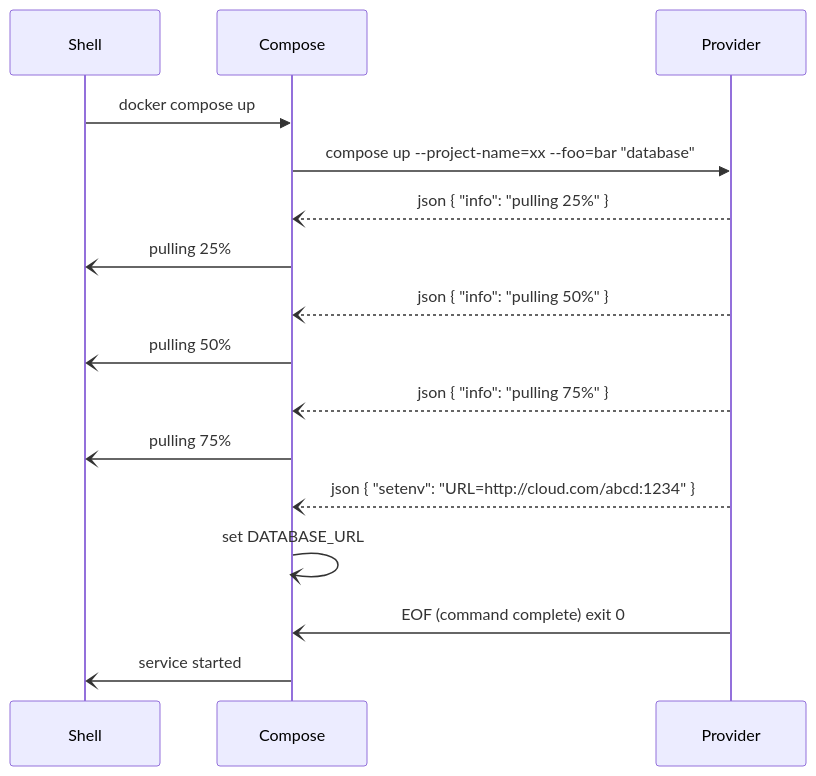
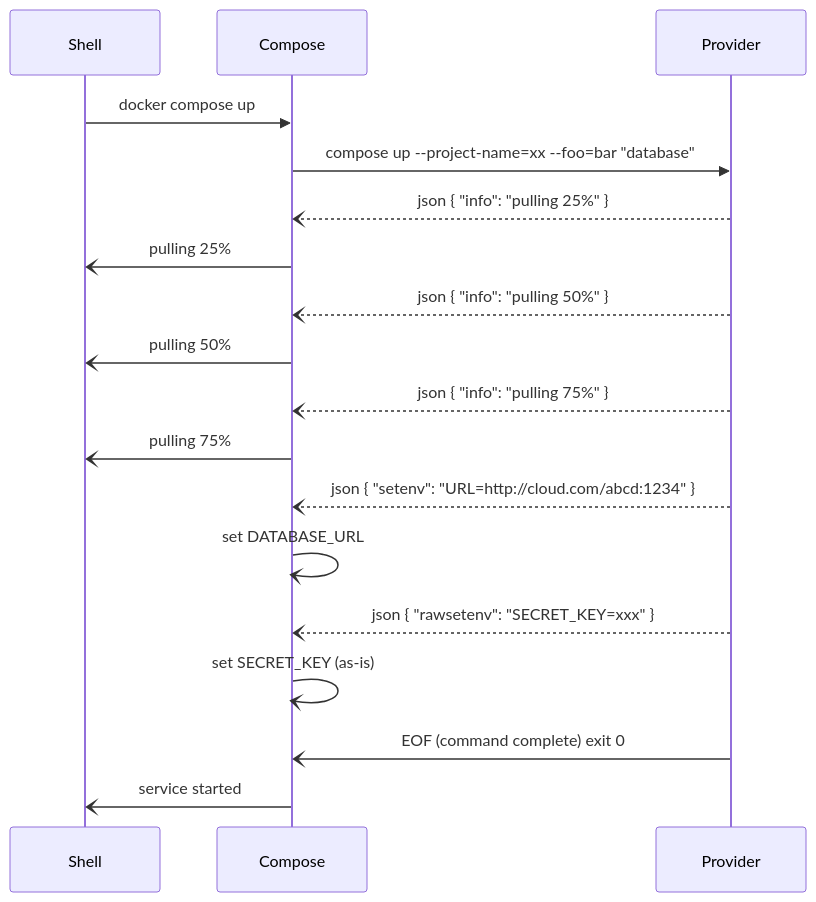
The diagram in docs/extension.md (docker/compose), drawn with Mermaid before and after one commit. The commit also changed other lines of this file, not shown here.

Commit message:
Document rawsetenv in stop section and sequence diagram
The stop section only mentioned setenv being ignored; rawsetenv
is handled identically by the code but was missing from the docs.
The mermaid sequence diagram also lacked a rawsetenv step.

````diff
--- a/docs/extension.md
+++ b/docs/extension.md
@@ -63,15 +63,17 @@
 ```mermaid
 sequenceDiagram
     Shell->>Compose: docker compose up
     Compose->>Provider: compose up --project-name=xx --foo=bar "database"
     Provider--)Compose: json { "info": "pulling 25%" }
     Compose-)Shell: pulling 25%
     Provider--)Compose: json { "info": "pulling 50%" }
     Compose-)Shell: pulling 50%
     Provider--)Compose: json { "info": "pulling 75%" }
     Compose-)Shell: pulling 75%
     Provider--)Compose: json { "setenv": "URL=http://cloud.com/abcd:1234" }
     Compose-)Compose: set DATABASE_URL
+    Provider--)Compose: json { "rawsetenv": "SECRET_KEY=xxx" }
+    Compose-)Compose: set SECRET_KEY (as-is)
     Provider-)Compose: EOF (command complete) exit 0
     Compose-)Shell: service started
 ```
````
